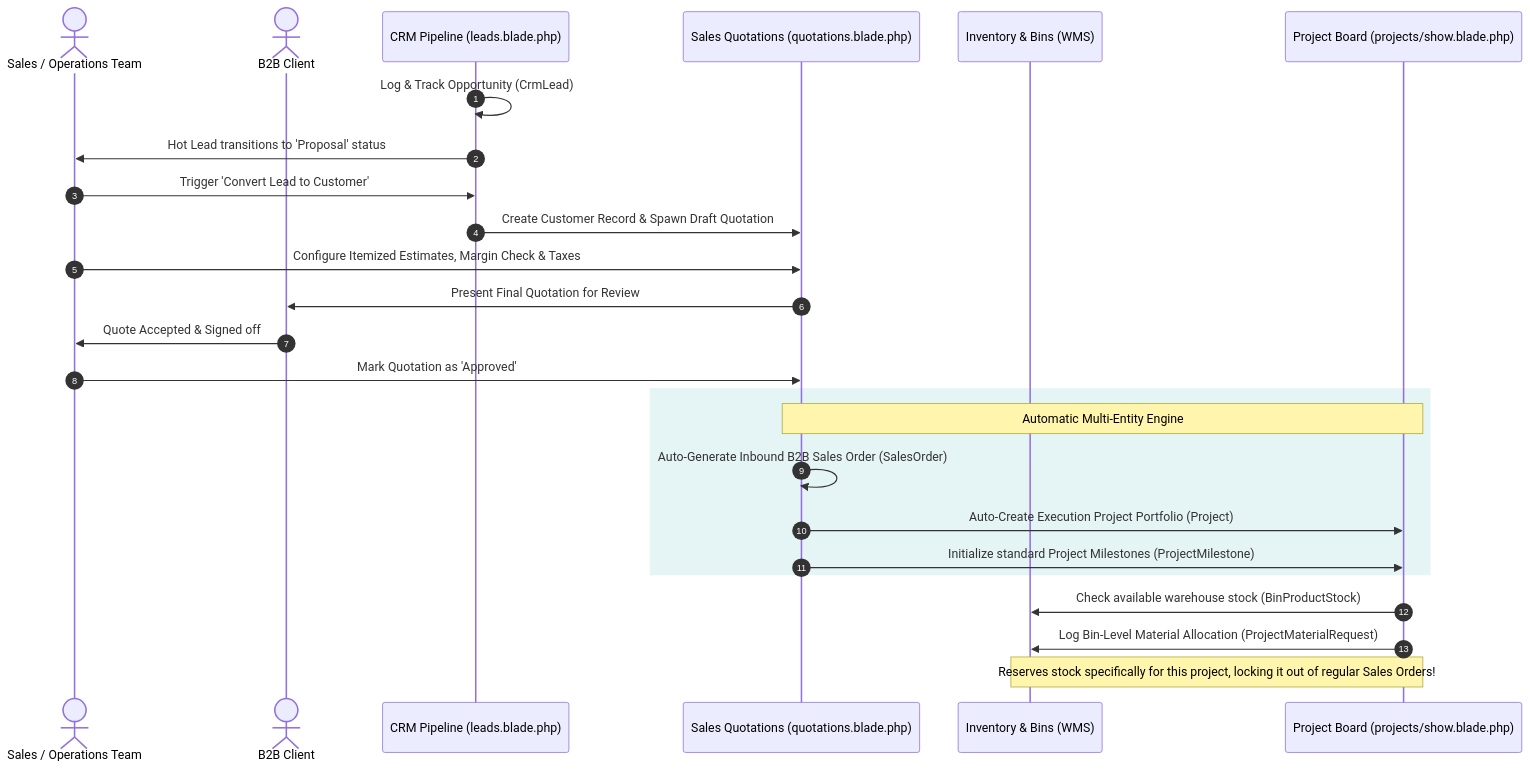
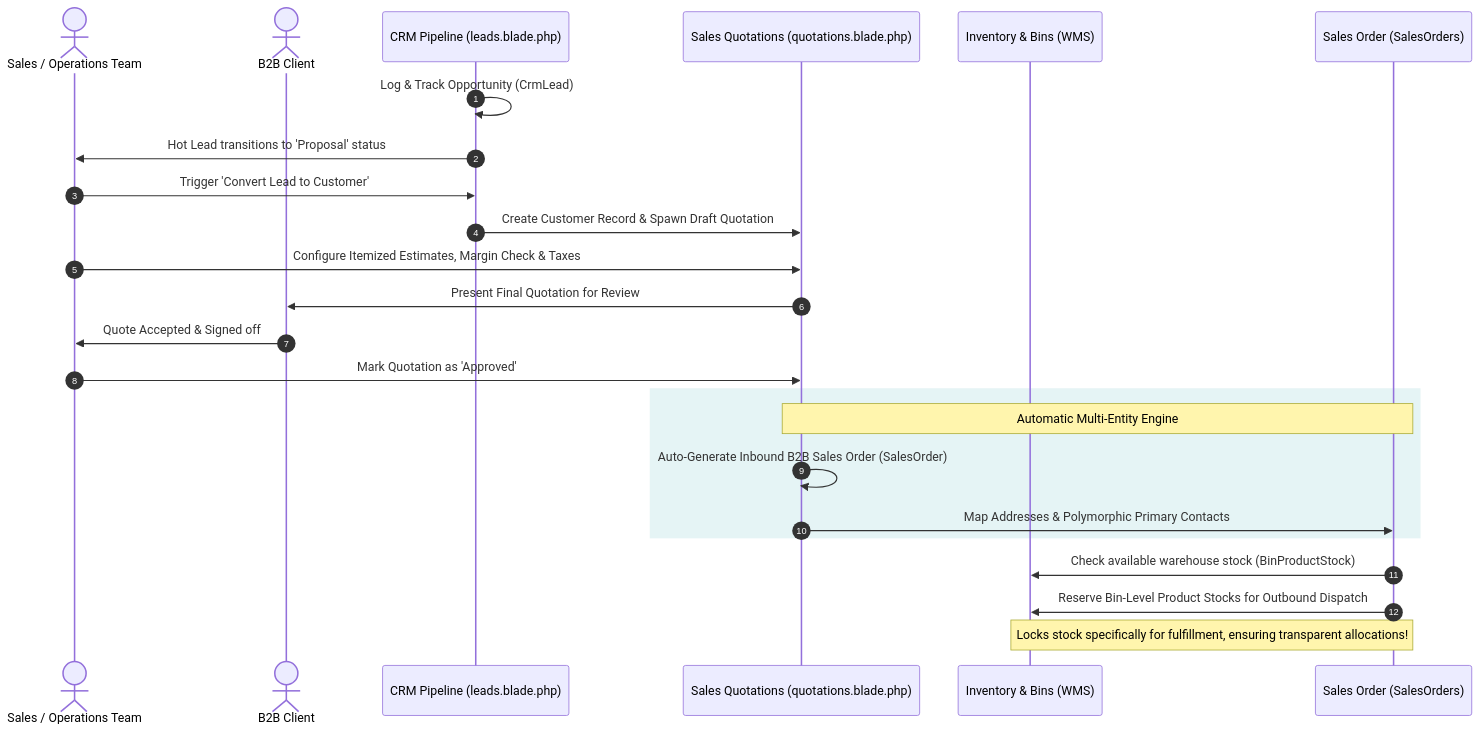
The third of 5 diagrams in README.md (mesourish/Supply-Chain-Management), drawn with Mermaid before and after one commit. The commit also changed other lines of this file, not shown here.

Commit message:
docs: remove project management from README to align with codebase

````diff
--- a/README.md
+++ b/README.md
@@ -184,28 +170,27 @@
 ```mermaid
 sequenceDiagram
     autonumber
     actor Staff as Sales / Operations Team
     actor Customer as B2B Client
     participant CRM as CRM Pipeline (leads.blade.php)
     participant Sales as Sales Quotations (quotations.blade.php)
     participant WMS as Inventory & Bins (WMS)
-    participant Proj as Project Board (projects/show.blade.php)
+    participant SO as Sales Order (SalesOrders)
 
     CRM->>CRM: Log & Track Opportunity (CrmLead)
     CRM->>Staff: Hot Lead transitions to 'Proposal' status
     Staff->>CRM: Trigger 'Convert Lead to Customer'
     CRM->>Sales: Create Customer Record & Spawn Draft Quotation
     Staff->>Sales: Configure Itemized Estimates, Margin Check & Taxes
     Sales->>Customer: Present Final Quotation for Review
     Customer->>Staff: Quote Accepted & Signed off
     Staff->>Sales: Mark Quotation as 'Approved'
     rect rgba(0, 150, 160, 0.1)
-        Note over Sales, Proj: Automatic Multi-Entity Engine
+        Note over Sales, SO: Automatic Multi-Entity Engine
         Sales->>Sales: Auto-Generate Inbound B2B Sales Order (SalesOrder)
-        Sales->>Proj: Auto-Create Execution Project Portfolio (Project)
-        Sales->>Proj: Initialize standard Project Milestones (ProjectMilestone)
+        Sales->>SO: Map Addresses & Polymorphic Primary Contacts
     end
-    Proj->>WMS: Check available warehouse stock (BinProductStock)
-    Proj->>WMS: Log Bin-Level Material Allocation (ProjectMaterialRequest)
-    Note over WMS, Proj: Reserves stock specifically for this project, locking it out of regular Sales Orders!
+    SO->>WMS: Check available warehouse stock (BinProductStock)
+    SO->>WMS: Reserve Bin-Level Product Stocks for Outbound Dispatch
+    Note over WMS, SO: Locks stock specifically for fulfillment, ensuring transparent allocations!
 ```
````
